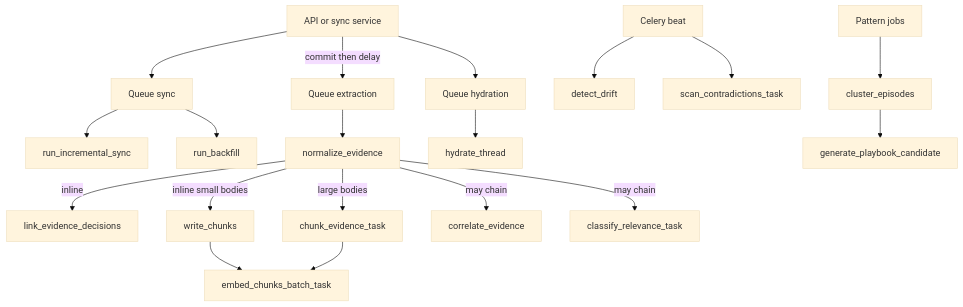
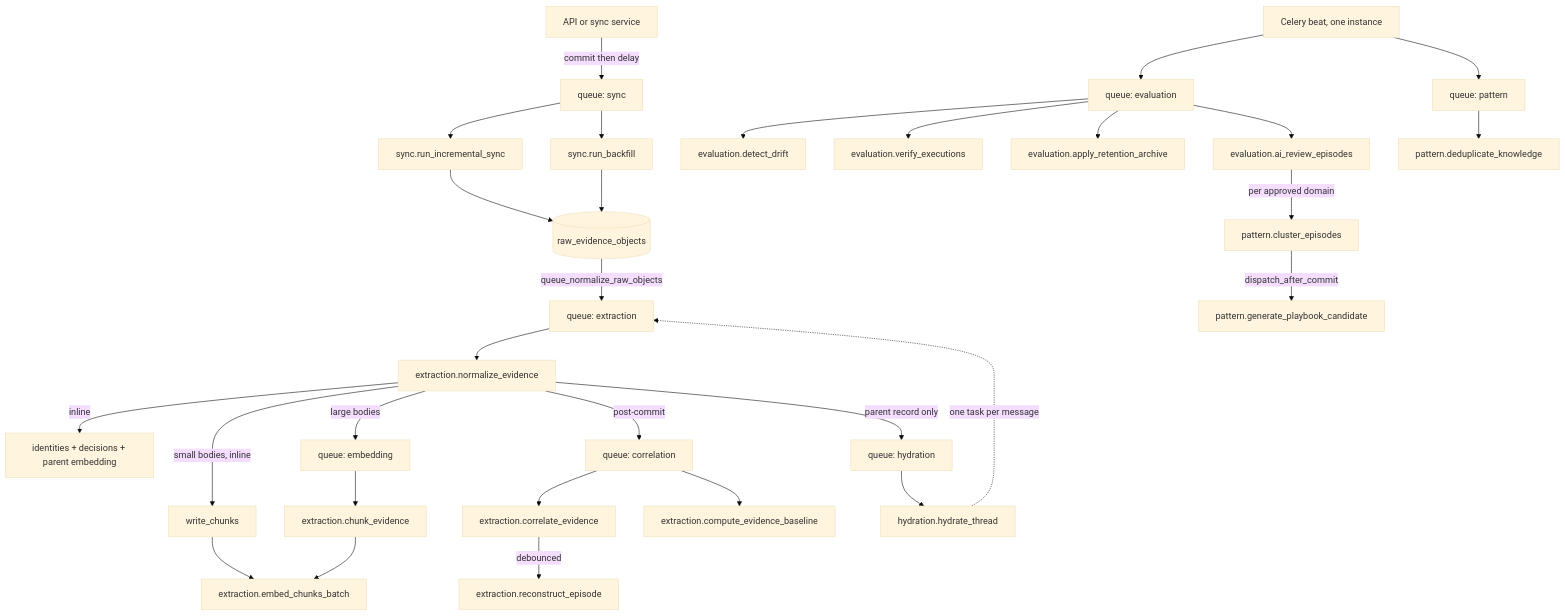
One commit to Valuedx/ContextEdge changed the diagram in codewiki/08-workers-celery-queues.md. Above: the diagram before and after it, drawn with Mermaid (base theme). The commit also changed other lines of this file and 48 other files, not shown here.

````diff
--- a/codewiki/08-workers-celery-queues.md
+++ b/codewiki/08-workers-celery-queues.md
@@ -44,21 +212,32 @@
 ```mermaid
 flowchart TB
-  API[API or sync service] -->|commit then delay| QEX[Queue extraction]
-  API --> QSYNC[Queue sync]
-  QSYNC --> INC[run_incremental_sync]
-  QSYNC --> BF[run_backfill]
-  QEX --> NORM[normalize_evidence]
-  NORM -->|inline| DEC[link_evidence_decisions]
-  NORM -->|inline small bodies| CHK[write_chunks]
-  NORM -->|large bodies| CHKA[chunk_evidence_task]
-  CHK --> EMB[embed_chunks_batch_task]
+  API["API or sync service"] -->|commit then delay| QSYNC["queue: sync"]
+  QSYNC --> INC["sync.run_incremental_sync"]
+  QSYNC --> BF["sync.run_backfill"]
+  INC --> RAW[("raw_evidence_objects")]
+  BF --> RAW
+  RAW -->|queue_normalize_raw_objects| QEX["queue: extraction"]
+  QEX --> NORM["extraction.normalize_evidence"]
+  NORM -->|inline| IDENT["identities + decisions + parent embedding"]
+  NORM -->|small bodies, inline| CHK["write_chunks"]
+  NORM -->|large bodies| QEMB["queue: embedding"]
+  QEMB --> CHKA["extraction.chunk_evidence"]
+  CHK --> EMB["extraction.embed_chunks_batch"]
   CHKA --> EMB
-  NORM -->|may chain| CORR[correlate_evidence]
-  NORM -->|may chain| CLS[classify_relevance_task]
-  API --> QHYD[Queue hydration]
-  QHYD --> HYDR[hydrate_thread]
-  BEAT[Celery beat] --> EVAL[detect_drift]
-  BEAT --> CONTRA[scan_contradictions_task]
-  PAT[Pattern jobs] --> CLU[cluster_episodes]
-  CLU --> GPC[generate_playbook_candidate]
+  NORM -->|post-commit| QCORR["queue: correlation"]
+  QCORR --> CORR["extraction.correlate_evidence"]
+  QCORR --> BASE["extraction.compute_evidence_baseline"]
+  CORR -->|debounced| RECON["extraction.reconstruct_episode"]
+  NORM -->|parent record only| QHYD["queue: hydration"]
+  QHYD --> HYDR["hydration.hydrate_thread"]
+  HYDR -.->|one task per message| QEX
+  BEAT["Celery beat, one instance"] --> QEVAL["queue: evaluation"]
+  QEVAL --> DRIFT["evaluation.detect_drift"]
+  QEVAL --> VERIFY["evaluation.verify_executions"]
+  QEVAL --> RET["evaluation.apply_retention_archive"]
+  QEVAL --> AIREV["evaluation.ai_review_episodes"]
+  BEAT --> QPAT["queue: pattern"]
+  QPAT --> DEDUP["pattern.deduplicate_knowledge"]
+  AIREV -->|per approved domain| CLU["pattern.cluster_episodes"]
+  CLU -->|dispatch_after_commit| GPC["pattern.generate_playbook_candidate"]
 ```
````
